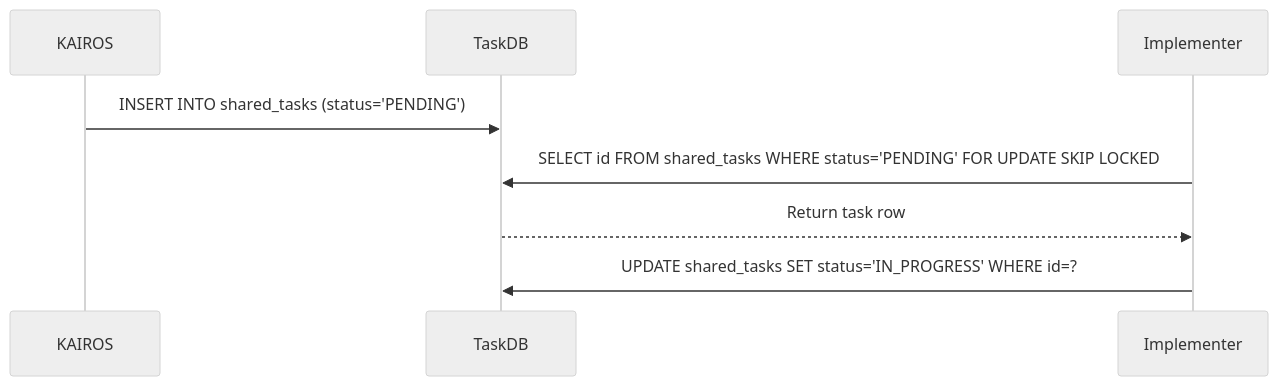
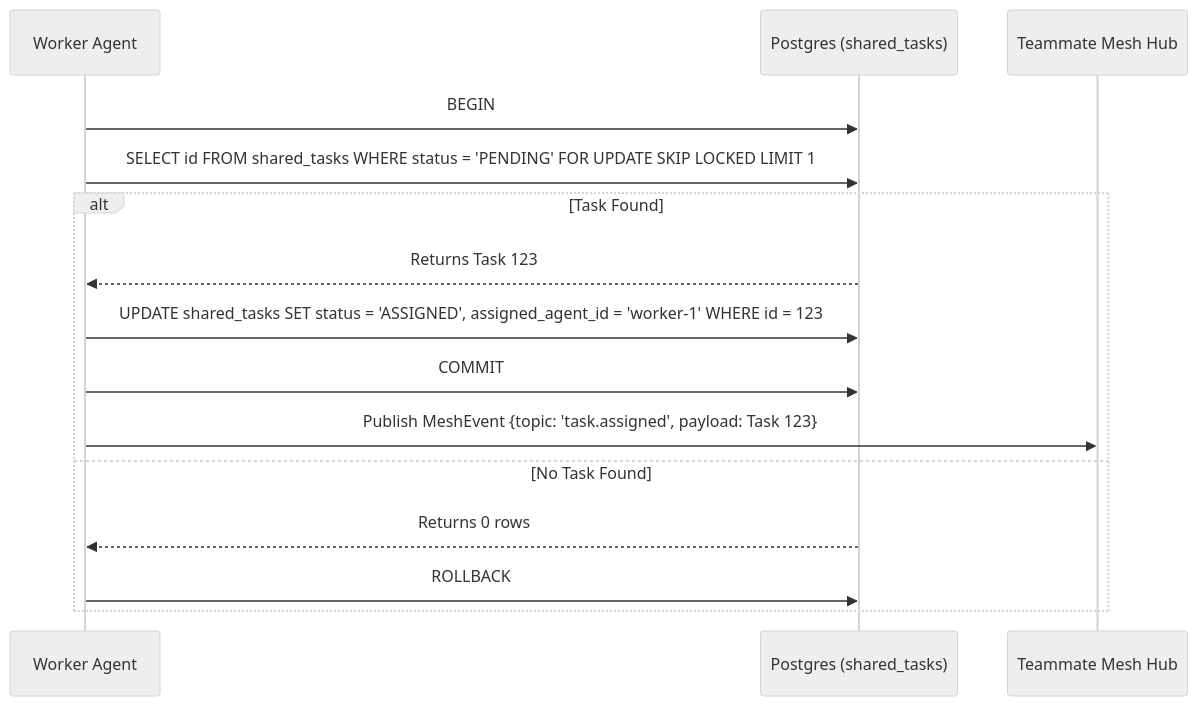
Before and after one commit to omnisolo-llc/onehumancorp: the diagram in docs/architecture/KAIROS_AI_OS_HYBRID_IMPLEMENTATION_DESIGN.md, drawn with Mermaid (neutral theme). The commit also changed other lines of this file and 2 other files, not shown here.

First line of the commit message:
KAIROS Orchestration specs (#4493)

````diff
--- a/docs/architecture/KAIROS_AI_OS_HYBRID_IMPLEMENTATION_DESIGN.md
+++ b/docs/architecture/KAIROS_AI_OS_HYBRID_IMPLEMENTATION_DESIGN.md
@@ -41,10 +48,18 @@
 ```mermaid
 sequenceDiagram
-    participant KAIROS
-    participant TaskDB
-    participant Implementer
-    KAIROS->>TaskDB: INSERT INTO shared_tasks (status='PENDING')
-    Implementer->>TaskDB: SELECT id FROM shared_tasks WHERE status='PENDING' FOR UPDATE SKIP LOCKED
-    TaskDB-->>Implementer: Return task row
-    Implementer->>TaskDB: UPDATE shared_tasks SET status='IN_PROGRESS' WHERE id=?
+    participant Agent as Worker Agent
+    participant DB as Postgres (shared_tasks)
+    participant Hub as Teammate Mesh Hub
+
+    Agent->>DB: BEGIN
+    Agent->>DB: SELECT id FROM shared_tasks WHERE status = 'PENDING' FOR UPDATE SKIP LOCKED LIMIT 1
+    alt Task Found
+        DB-->>Agent: Returns Task 123
+        Agent->>DB: UPDATE shared_tasks SET status = 'ASSIGNED', assigned_agent_id = 'worker-1' WHERE id = 123
+        Agent->>DB: COMMIT
+        Agent->>Hub: Publish MeshEvent {topic: 'task.assigned', payload: Task 123}
+    else No Task Found
+        DB-->>Agent: Returns 0 rows
+        Agent->>DB: ROLLBACK
+    end
 ```
````
